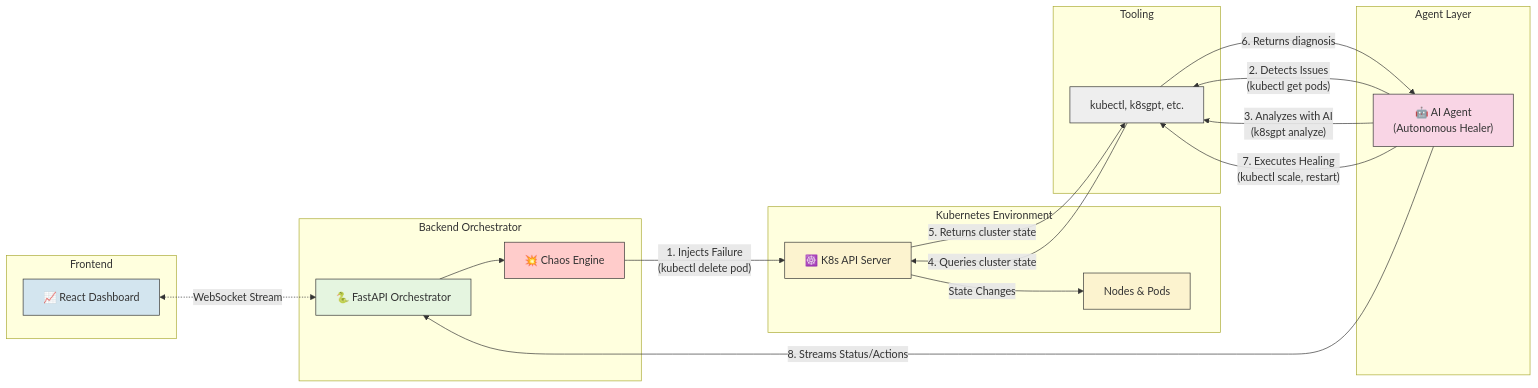
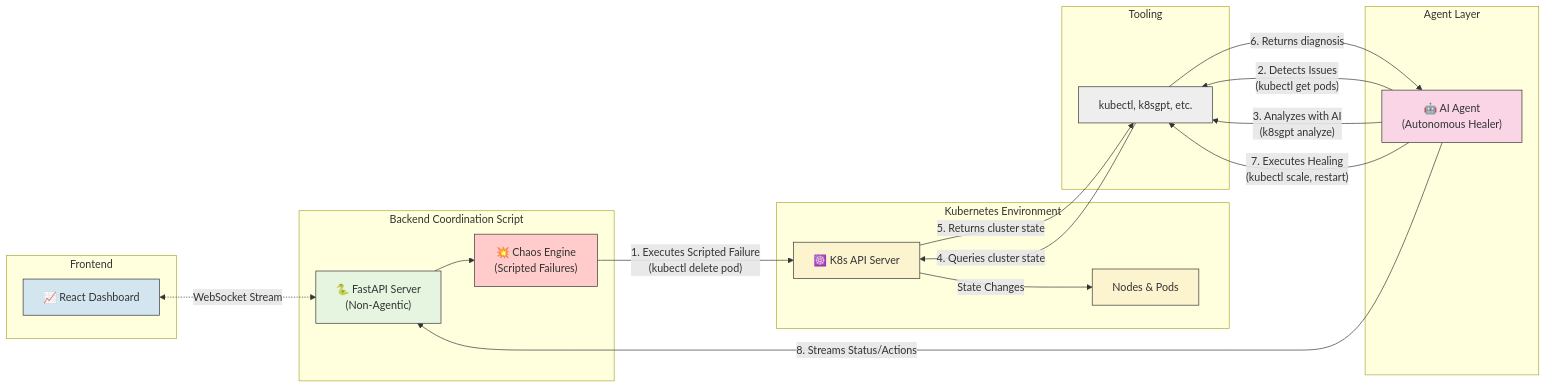
The second of 3 diagrams in README.md (Unobtainiumrock/kubernetes-agentic-swam-yc-hackathon), drawn with Mermaid before and after one commit. The commit also changed other lines of this file, not shown here.

Commit message:
Add nuanced clarity to the system's design

````diff
--- a/README.md
+++ b/README.md
@@ -53,56 +53,56 @@
 ```mermaid
 graph LR
     subgraph "Frontend"
         UI["📈 React Dashboard"]
     end
 
-    subgraph "Backend Orchestrator"
-        Orchestrator["🐍 FastAPI Orchestrator"]
-        ChaosEngine["💥 Chaos Engine"]
+    subgraph "Backend Coordination Script"
+        Orchestrator["🐍 FastAPI Server<br/>(Non-Agentic)"]
+        ChaosEngine["💥 Chaos Engine<br/>(Scripted Failures)"]
     end
 
     subgraph "Agent Layer"
         Agent["🤖 AI Agent<br/>(Autonomous Healer)"]
     end
 
     subgraph "Kubernetes Environment"
        K8sAPI["☸️ K8s API Server"]
        ClusterNodes["Nodes & Pods"]
     end
 
     subgraph "Tooling"
         Tools["kubectl, k8sgpt, etc."]
     end
 
     UI <-.->|WebSocket Stream| Orchestrator
     
-    %% Orchestrator manages demo and chaos
+    %% Non-agentic script manages demo and chaos
     Orchestrator --> ChaosEngine
-    ChaosEngine -- "1. Injects Failure<br/>(kubectl delete pod)" --> K8sAPI
+    ChaosEngine -- "1. Executes Scripted Failure<br/>(kubectl delete pod)" --> K8sAPI
     
-    %% Agent operates independently 
+    %% AI Agent operates independently 
     Agent -- "2. Detects Issues<br/>(kubectl get pods)" --> Tools
     Agent -- "3. Analyzes with AI<br/>(k8sgpt analyze)" --> Tools
     Tools -- "4. Queries cluster state" --> K8sAPI
     K8sAPI -- "5. Returns cluster state" --> Tools
     Tools -- "6. Returns diagnosis" --> Agent
     
     Agent -- "7. Executes Healing<br/>(kubectl scale, restart)" --> Tools
     Agent -- "8. Streams Status/Actions" --> Orchestrator
 
     K8sAPI -- "State Changes" --> ClusterNodes
 
     classDef ui fill:#d3e5ef,stroke:#333,stroke-width:1px
     classDef backend fill:#e5f5e0,stroke:#333,stroke-width:1px
     classDef chaos fill:#ffcccb,stroke:#333,stroke-width:1px
     classDef agent fill:#f9d5e5,stroke:#333,stroke-width:1px
     classDef k8s fill:#fcf3cf,stroke:#333,stroke-width:1px
     classDef tools fill:#eeeeee,stroke:#333,stroke-width:1px
 
     class UI ui
     class Orchestrator backend
     class ChaosEngine chaos
     class Agent agent
     class K8sAPI,ClusterNodes k8s
     class Tools tools
 ```
````
